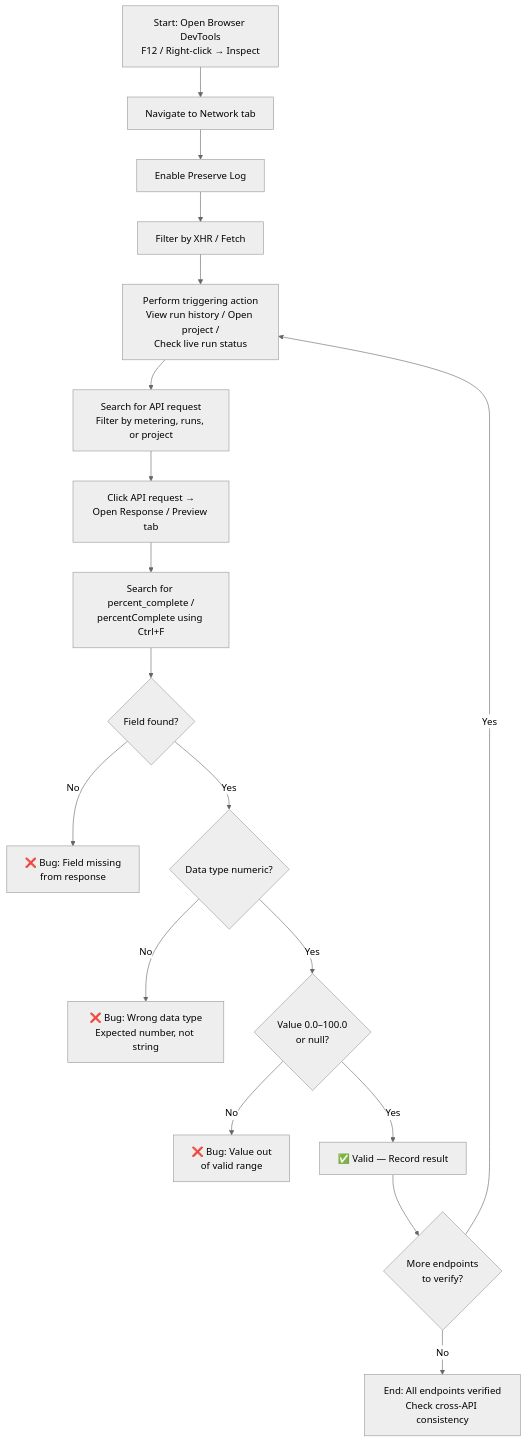
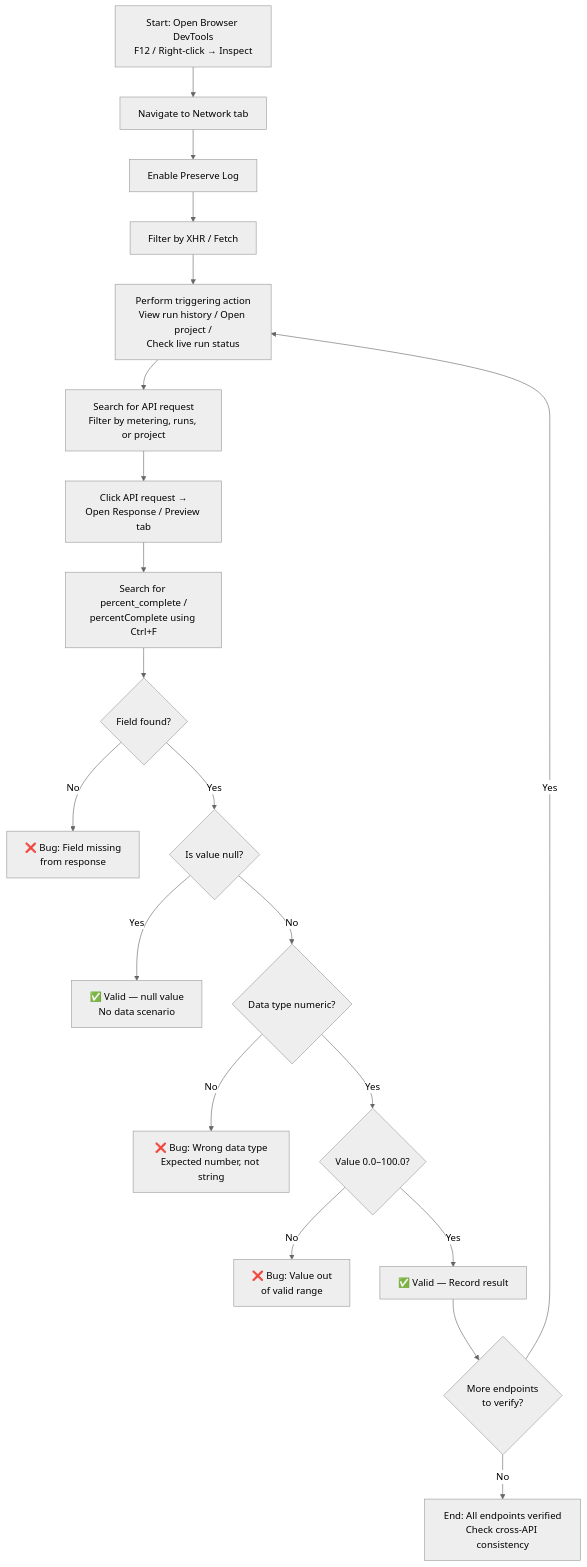
Before and after one commit to shaliniblitzy/6thapril_Document: the diagram in docs/guides/devtools-api-inspection.md, drawn with Mermaid (neutral theme). The commit also changed 2 other files, not shown here.

Commit message:
Fix Mermaid diagram null-value flow in 3 documentation files
Reorder validation flow diagrams to check for null values before
data type check. Previously, null values (which are valid per spec)
would incorrectly flow through the 'not numeric' path and be flagged
as bugs. Now null is checked first and routed to 'Valid - No data
scenario' before any numeric type validation.

Files fixed:
- docs/test-cases/percent-complete-validation.md: Validation Decision Tree
- docs/guides/devtools-api-inspection.md: DevTools Workflow Flowchart
- docs/api-verification/overview.md: Verification Workflow Flowchart

Addresses 3 MINOR review findings (Semantic Correctness - Mermaid Diagram)

````diff
--- a/docs/guides/devtools-api-inspection.md
+++ b/docs/guides/devtools-api-inspection.md
@@ -200,20 +200,22 @@
 ```mermaid
 graph TD
     A[Start: Open Browser DevTools<br>F12 / Right-click → Inspect] --> B[Navigate to Network tab]
     B --> C[Enable Preserve Log]
     C --> D[Filter by XHR / Fetch]
     D --> E[Perform triggering action<br>View run history / Open project /<br>Check live run status]
     E --> F[Search for API request<br>Filter by metering, runs, or project]
     F --> G[Click API request →<br>Open Response / Preview tab]
     G --> H[Search for percent_complete /<br>percentComplete using Ctrl+F]
     H --> I{Field found?}
     I -- No --> X1[❌ Bug: Field missing<br>from response]
-    I -- Yes --> J{Data type numeric?}
-    J -- No --> X2[❌ Bug: Wrong data type<br>Expected number, not string]
-    J -- Yes --> K{Value 0.0–100.0<br>or null?}
-    K -- No --> X3[❌ Bug: Value out<br>of valid range]
-    K -- Yes --> L[✅ Valid — Record result]
+    I -- Yes --> J{Is value null?}
+    J -- Yes --> V1[✅ Valid — null value<br>No data scenario]
+    J -- No --> K{Data type numeric?}
+    K -- No --> X2[❌ Bug: Wrong data type<br>Expected number, not string]
+    K -- Yes --> K1{Value 0.0–100.0?}
+    K1 -- No --> X3[❌ Bug: Value out<br>of valid range]
+    K1 -- Yes --> L[✅ Valid — Record result]
     L --> M{More endpoints<br>to verify?}
     M -- Yes --> E
     M -- No --> N[End: All endpoints verified<br>Check cross-API consistency]
 ```
````
